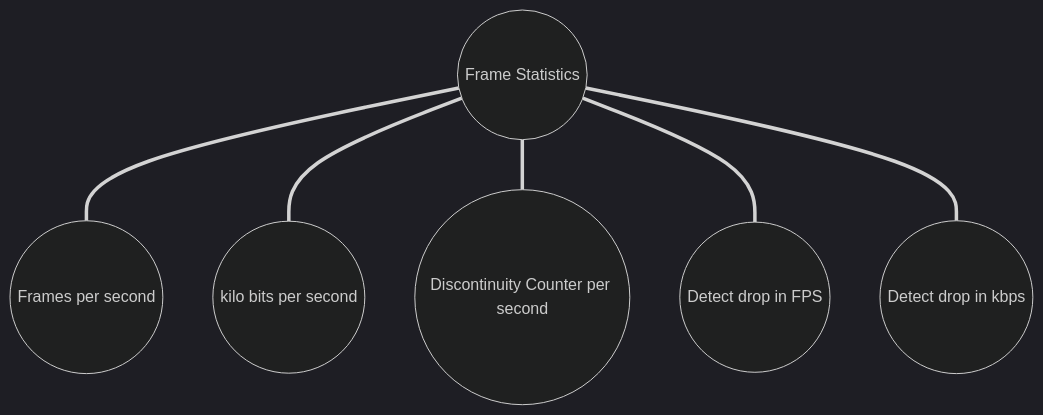
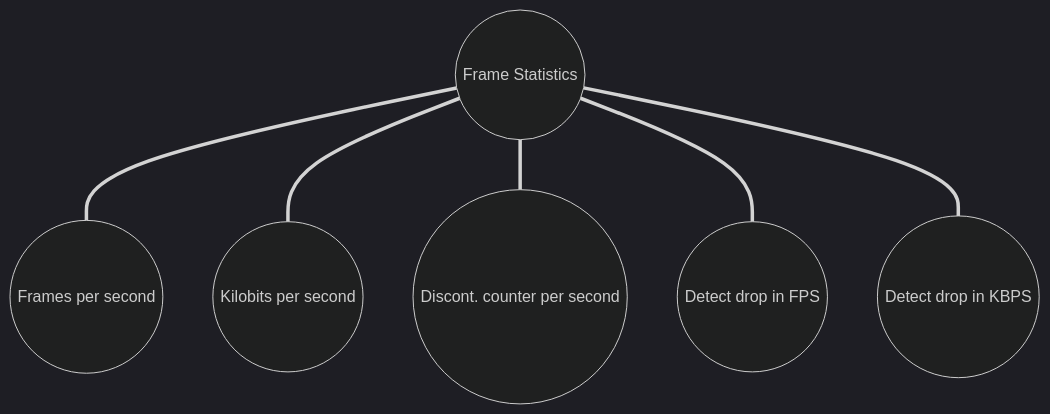
One commit to vtpl1/framestatutil changed the second of 2 diagrams in readme.md. Above: the diagram before and after it, drawn with Mermaid (dark theme). The commit also changed 6 other files, not shown here.

````diff
--- a/readme.md
+++ b/readme.md
@@ -13,8 +13,8 @@
 ```mermaid
 graph TD
     frame_statistics((Frame Statistics)) === fps((Frames per second))
-    frame_statistics === kbps((kilo bits per second))
-    frame_statistics === discontinuity_ps((Discontinuity Counter per second))
+    frame_statistics === kbps((Kilobits per second))
+    frame_statistics === discontinuity_ps((Discont. counter per second))
     frame_statistics === drop_in_fps((Detect drop in FPS))
-    frame_statistics === drop_in_kbps((Detect drop in kbps))
+    frame_statistics === drop_in_kbps((Detect drop in KBPS))
 ```
````
